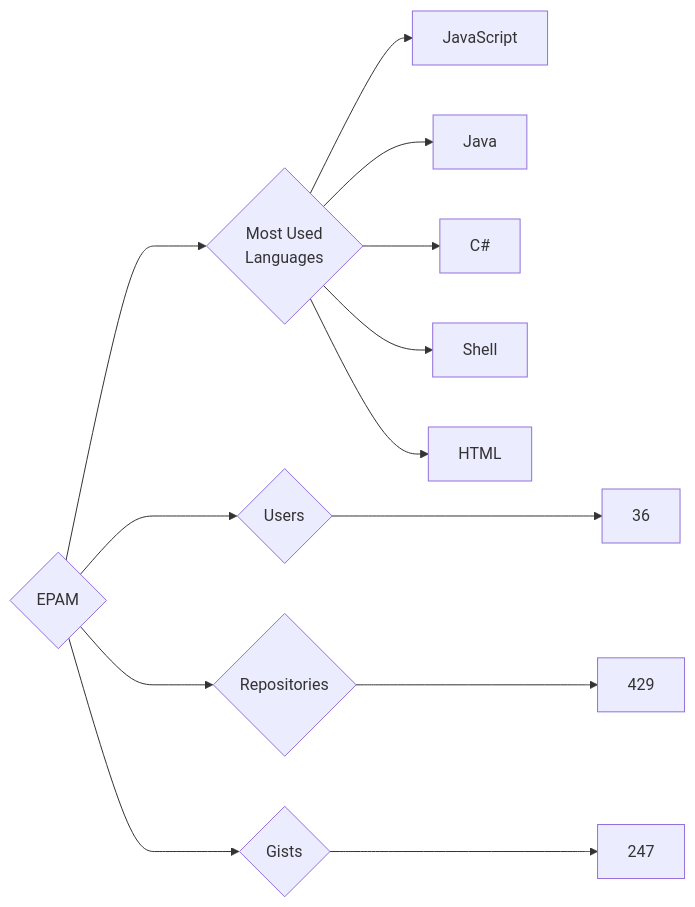
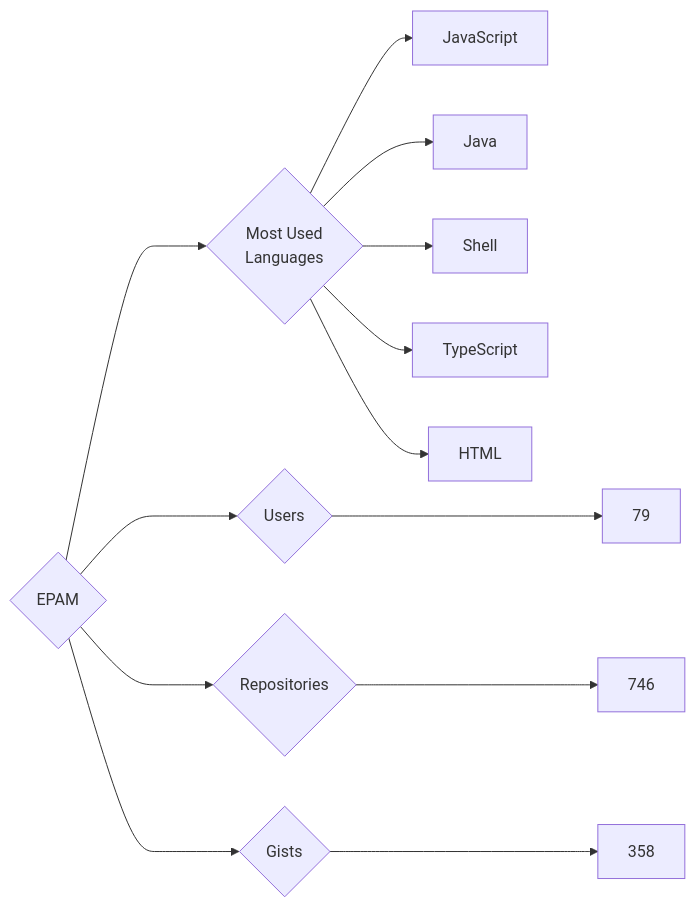
The diagram in targets/EPAM/README.md (trickest/insiders), drawn with Mermaid before and after one commit. The commit also changed 786 other files, not shown here.

````diff
--- a/targets/EPAM/README.md
+++ b/targets/EPAM/README.md
@@ -3,13 +3,13 @@
 ```mermaid
 graph LR
 COMPANY_NAME{EPAM}
-COMPANY_NAME ---> U{Users} ---> UN[36]
-COMPANY_NAME ---> R{Repositories} ---> RN[429]
-COMPANY_NAME ---> G{Gists} ---> GN[247]
+COMPANY_NAME ---> U{Users} ---> UN[79]
+COMPANY_NAME ---> R{Repositories} ---> RN[746]
+COMPANY_NAME ---> G{Gists} ---> GN[358]
 COMPANY_NAME ---> ML{Most Used<br>Languages}
 ML --> JavaScript[JavaScript]
 ML --> Java[Java]
-ML --> C#[C#]
 ML --> Shell[Shell]
+ML --> TypeScript[TypeScript]
 ML --> HTML[HTML]
 ```
````
